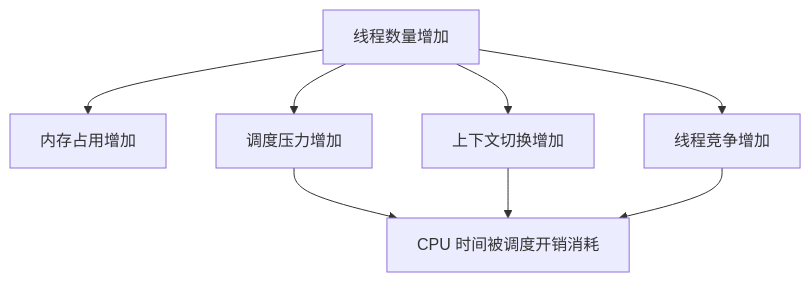
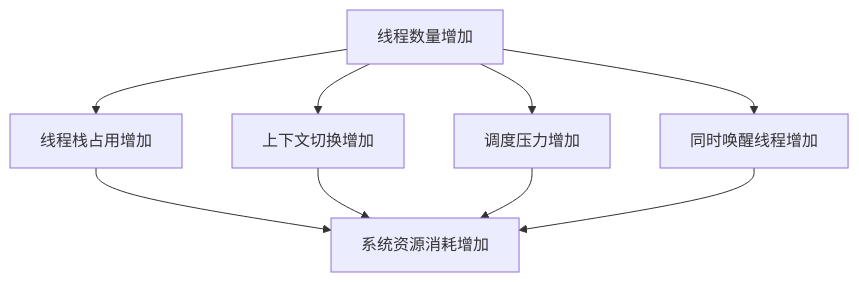
One commit to CrysSilk/ThreadPool changed the ninth of 30 diagrams in ThreadPoolAnalysis.md. Above: the diagram before and after it, drawn with Mermaid. The commit also changed other lines of this file, not shown here.

````diff
--- a/ThreadPoolAnalysis.md
+++ b/ThreadPoolAnalysis.md
@@ -268,10 +235,11 @@
 ```mermaid
 flowchart TD
-    A["线程数量增加"] --> B["内存占用增加"]
-    A --> C["调度压力增加"]
-    A --> D["上下文切换增加"]
-    A --> E["线程竞争增加"]
-    C --> F["CPU 时间被调度开销消耗"]
+    A["线程数量增加"] --> B["线程栈占用增加"]
+    A --> C["上下文切换增加"]
+    A --> D["调度压力增加"]
+    A --> E["同时唤醒线程增加"]
+    B --> F["系统资源消耗增加"]
+    C --> F
     D --> F
     E --> F
 ```
````
